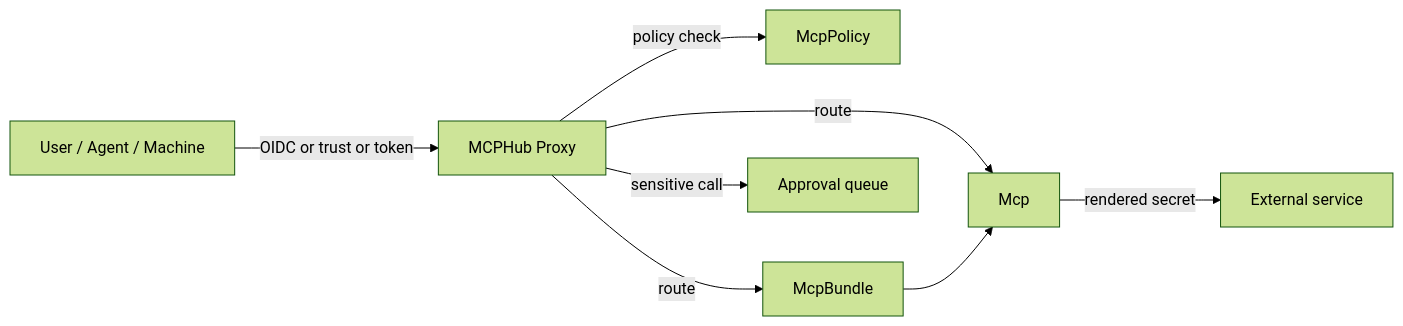
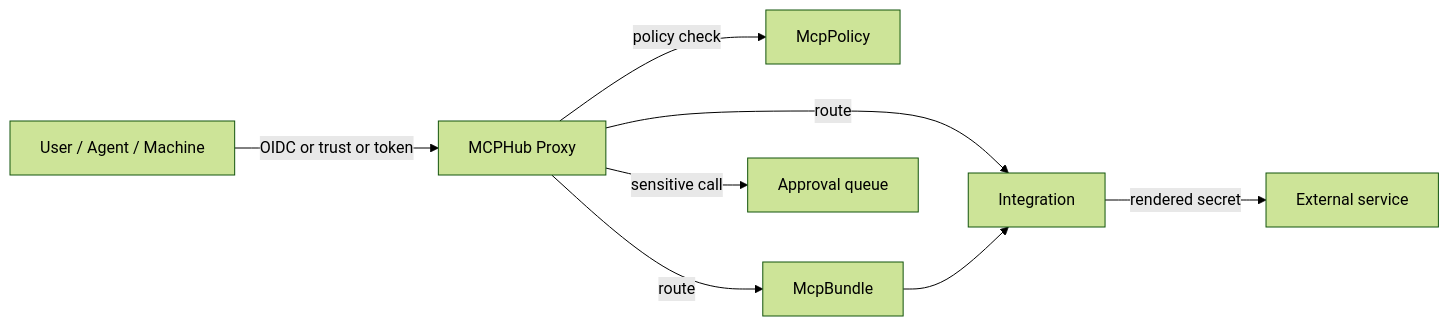
Before and after one commit to yurifrl/tennon: the diagram in docs/concepts.md, drawn with Mermaid (forest theme). The commit also changed other lines of this file and 13 other files, not shown here.

````diff
--- a/docs/concepts.md
+++ b/docs/concepts.md
@@ -98,10 +119,10 @@
 ```mermaid
 graph LR
   U[User / Agent / Machine] -->|OIDC or trust or token| P[MCPHub Proxy]
   P -->|policy check| POL[McpPolicy]
-  P -->|route| MCP[Mcp]
+  P -->|route| MCP[Integration]
   P -->|route| B[McpBundle]
   B --> MCP
   MCP -->|rendered secret| EXT[External service]
   P -->|sensitive call| AP[Approval queue]
 ```
````
